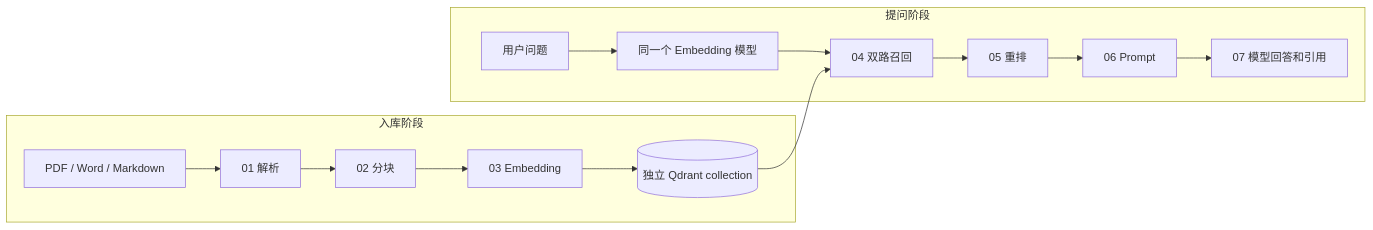
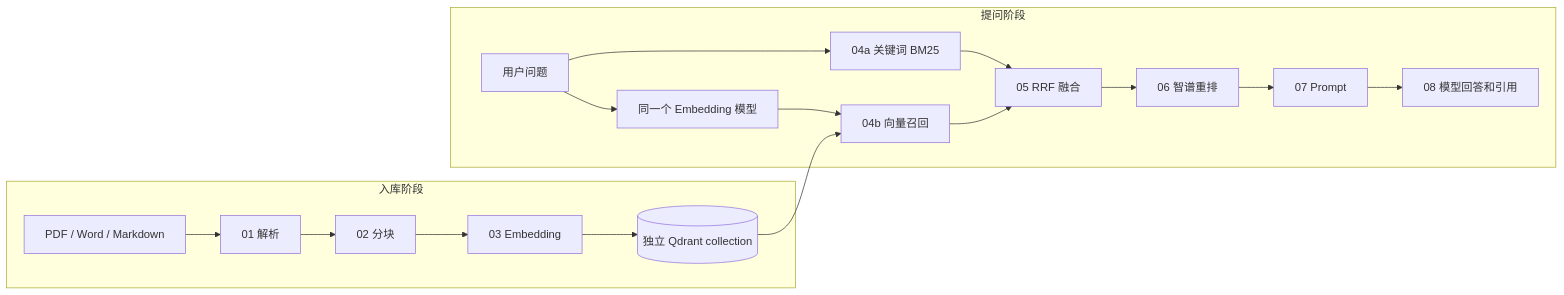
One commit to LiviMava/924 changed the diagram in tutorial/README.md. Above: the diagram before and after it, drawn with Mermaid. The commit also changed other lines of this file and 40 other files, not shown here.

````diff
--- a/tutorial/README.md
+++ b/tutorial/README.md
@@ -23,17 +23,20 @@
 ```mermaid
 flowchart LR
     subgraph 入库阶段
       D[PDF / Word / Markdown] --> P[01 解析]
       P --> C[02 分块]
       C --> E[03 Embedding]
       E --> V[(独立 Qdrant collection)]
     end
     subgraph 提问阶段
-      Q[用户问题] --> QE[同一个 Embedding 模型]
-      QE --> R[04 双路召回]
+      Q[用户问题] --> K[04a 关键词 BM25]
+      Q --> QE[同一个 Embedding 模型]
+      QE --> R[04b 向量召回]
       V --> R
-      R --> RR[05 重排]
-      RR --> PR[06 Prompt]
-      PR --> L[07 模型回答和引用]
+      K --> F[05 RRF 融合]
+      R --> F
+      F --> RR[06 智谱重排]
+      RR --> PR[07 Prompt]
+      PR --> L[08 模型回答和引用]
     end
 ```
````
